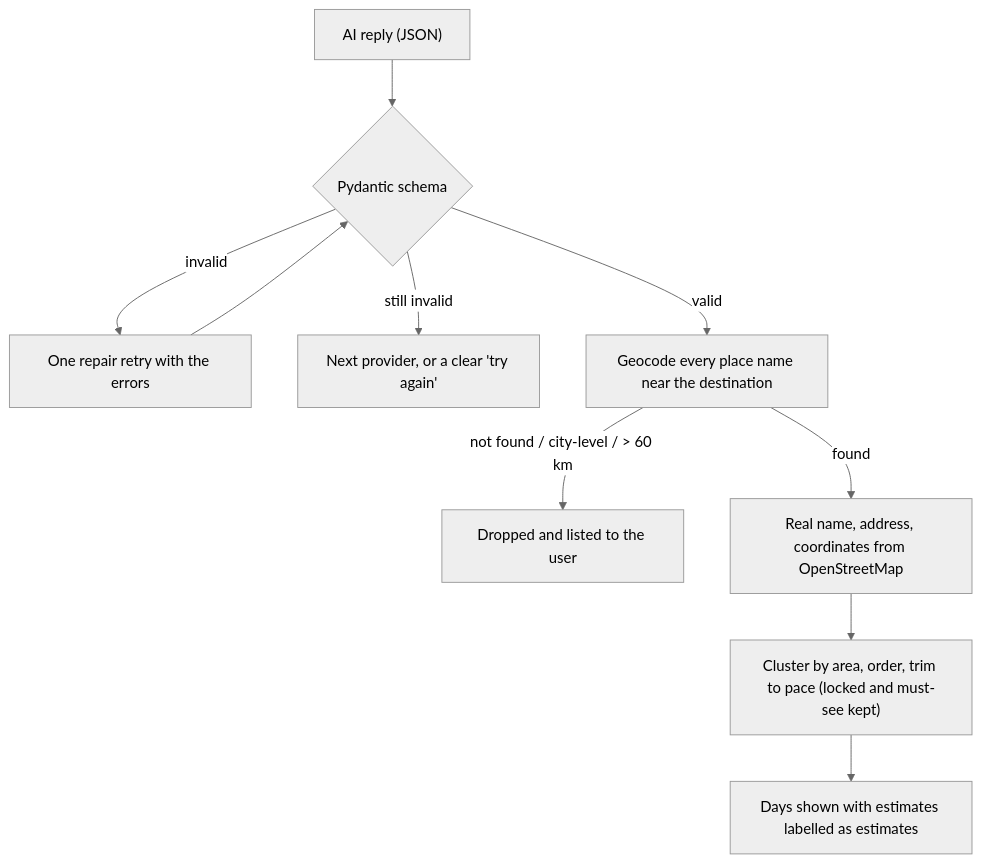
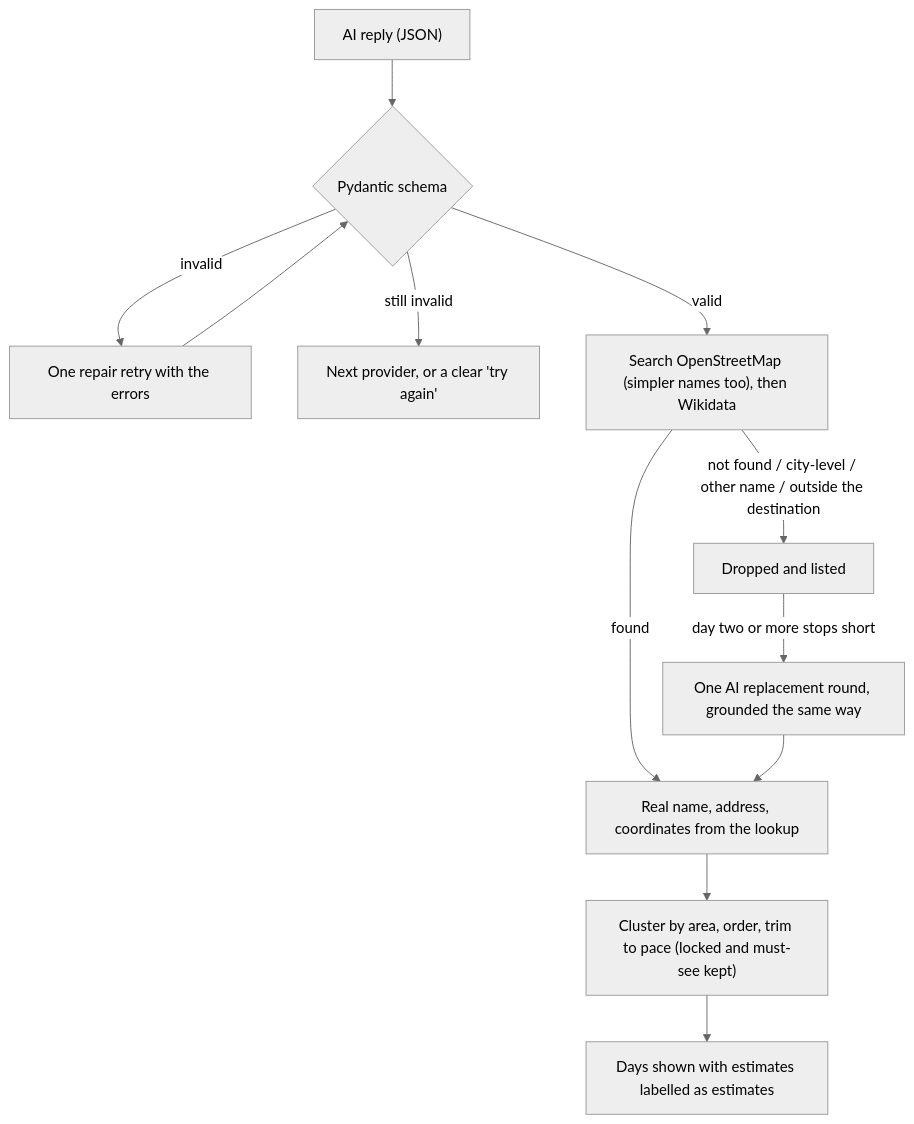
One commit to bilalseh/tripwise changed the second of 2 diagrams in README.md. Above: the diagram before and after it, drawn with Mermaid (neutral theme). The commit also changed 29 other files, not shown here.

````diff
--- a/README.md
+++ b/README.md
@@ -73,11 +73,13 @@
 ```mermaid
 flowchart TD
   A["AI reply (JSON)"] --> B{"Pydantic schema"}
   B -- invalid --> R["One repair retry with the errors"] --> B
   B -- "still invalid" --> X["Next provider, or a clear 'try again'"]
-  B -- valid --> C["Geocode every place name near the destination"]
-  C -- "not found / city-level / > 60 km" --> D["Dropped and listed to the user"]
-  C -- found --> E["Real name, address, coordinates from OpenStreetMap"]
+  B -- valid --> C["Search OpenStreetMap (simpler names too), then Wikidata"]
+  C -- "not found / city-level / other name / outside the destination" --> D["Dropped and listed"]
+  D -- "day two or more stops short" --> H["One AI replacement round, grounded the same way"]
+  C -- found --> E["Real name, address, coordinates from the lookup"]
+  H --> E
   E --> F["Cluster by area, order, trim to pace (locked and must-see kept)"]
   F --> G["Days shown with estimates labelled as estimates"]
 ```
````
